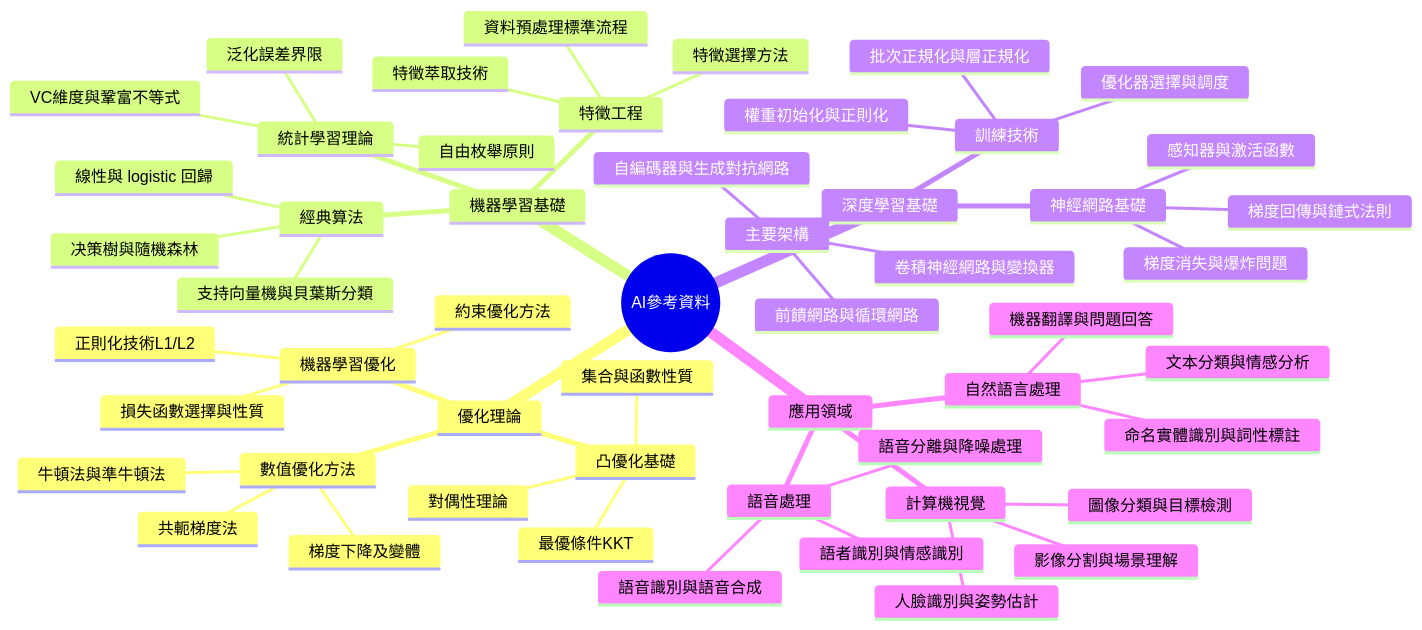
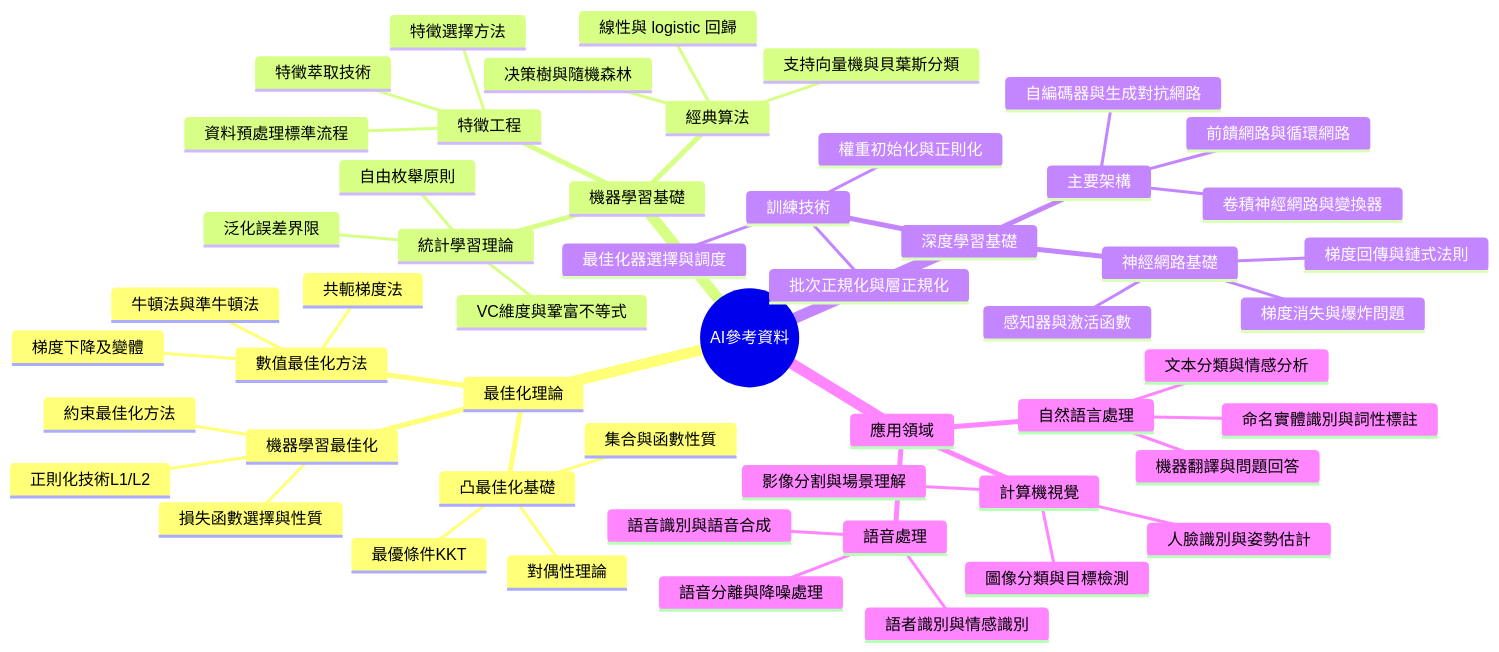
The diagram in LLM_Wiki/wiki/AI_system/ai-reference.md (xansxuss/OBSIDIAN_NOTES), drawn with Mermaid before and after one commit. The commit also changed other lines of this file and 288 other files, not shown here.

````diff
--- a/LLM_Wiki/wiki/AI_system/ai-reference.md
+++ b/LLM_Wiki/wiki/AI_system/ai-reference.md
@@ -47,56 +60,56 @@
 ```mermaid
 mindmap
   root((AI參考資料))
-    優化理論
-      凸優化基礎
+    最佳化理論
+      凸最佳化基礎
         集合與函數性質
         最優條件KKT
         對偶性理論
-      數值優化方法
+      數值最佳化方法
         梯度下降及變體
         牛頓法與準牛頓法
         共軛梯度法
-      機器學習優化
+      機器學習最佳化
         損失函數選擇與性質
         正則化技術L1/L2
-        約束優化方法
+        約束最佳化方法
     機器學習基礎
       統計學習理論
         VC維度與鞏富不等式
         泛化誤差界限
         自由枚舉原則
       經典算法
         線性與 logistic 回歸
         决策樹與隨機森林
         支持向量機與貝葉斯分類
       特徵工程
         特徵選擇方法
         特徵萃取技術
         資料預處理標準流程
     深度學習基礎
       神經網路基礎
         感知器與激活函數
         梯度回傳與鏈式法則
         梯度消失與爆炸問題
       主要架構
         前饋網路與循環網路
         卷積神經網路與變換器
         自編碼器與生成對抗網路
       訓練技術
-        優化器選擇與調度
+        最佳化器選擇與調度
         批次正規化與層正規化
         權重初始化與正則化
     應用領域
       計算機視覺
         圖像分類與目標檢測
         人臉識別與姿勢估計
         影像分割與場景理解
       自然語言處理
         文本分類與情感分析
         機器翻譯與問題回答
         命名實體識別與詞性標註
       語音處理
         語音識別與語音合成
         語者識別與情感識別
         語音分離與降噪處理
 ```
````
